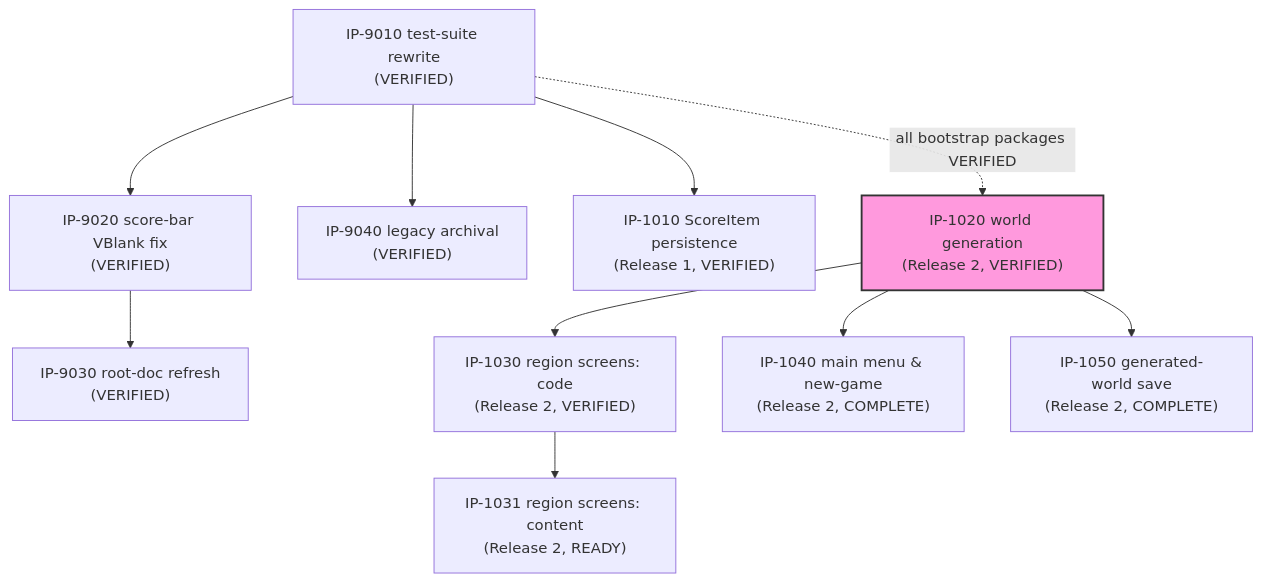
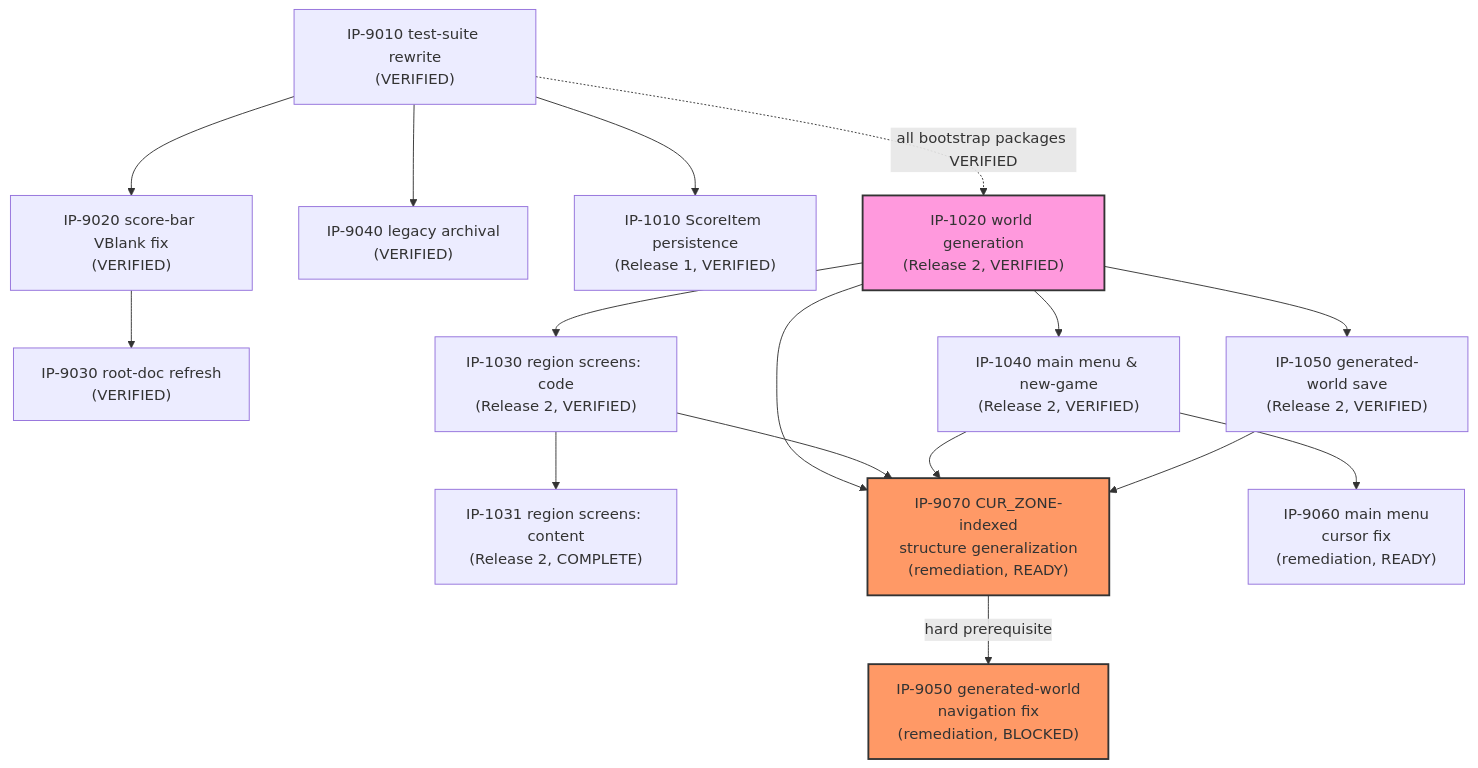
The diagram in docs/implementation/00-master-build-plan.md (Zabin/RsGame), drawn with Mermaid before and after one commit. The commit also changed other lines of this file and 7 other files, not shown here.

````diff
--- a/docs/implementation/00-master-build-plan.md
+++ b/docs/implementation/00-master-build-plan.md
@@ -47,25 +64,38 @@
 ```mermaid
 graph TD
     IP9010["IP-9010 test-suite rewrite<br/>(VERIFIED)"]
     IP9020["IP-9020 score-bar VBlank fix<br/>(VERIFIED)"]
     IP9030["IP-9030 root-doc refresh<br/>(VERIFIED)"]
     IP9040["IP-9040 legacy archival<br/>(VERIFIED)"]
     IP1010["IP-1010 ScoreItem persistence<br/>(Release 1, VERIFIED)"]
     IP9010 --> IP9020
     IP9010 --> IP9040
     IP9010 --> IP1010
     IP9020 --> IP9030
 
     IP1020["IP-1020 world generation<br/>(Release 2, VERIFIED)"]
     IP1030["IP-1030 region screens: code<br/>(Release 2, VERIFIED)"]
-    IP1031["IP-1031 region screens: content<br/>(Release 2, READY)"]
-    IP1040["IP-1040 main menu & new-game<br/>(Release 2, COMPLETE)"]
-    IP1050["IP-1050 generated-world save<br/>(Release 2, COMPLETE)"]
+    IP1031["IP-1031 region screens: content<br/>(Release 2, COMPLETE)"]
+    IP1040["IP-1040 main menu & new-game<br/>(Release 2, VERIFIED)"]
+    IP1050["IP-1050 generated-world save<br/>(Release 2, VERIFIED)"]
     IP9010 -.all bootstrap packages VERIFIED.-> IP1020
     IP1020 --> IP1030
     IP1030 --> IP1031
     IP1020 --> IP1040
     IP1020 --> IP1050
 
     style IP1020 fill:#f9d,stroke:#333,stroke-width:2px
+
+    IP9070["IP-9070 CUR_ZONE-indexed<br/>structure generalization<br/>(remediation, READY)"]
+    IP9050["IP-9050 generated-world<br/>navigation fix<br/>(remediation, BLOCKED)"]
+    IP9060["IP-9060 main menu<br/>cursor fix<br/>(remediation, READY)"]
+    IP1020 --> IP9070
+    IP1030 --> IP9070
+    IP1040 --> IP9070
+    IP1050 --> IP9070
+    IP9070 -->|hard prerequisite| IP9050
+    IP1040 --> IP9060
+
+    style IP9070 fill:#f96,stroke:#333,stroke-width:2px
+    style IP9050 fill:#f96,stroke:#333,stroke-width:2px
 ```
````
